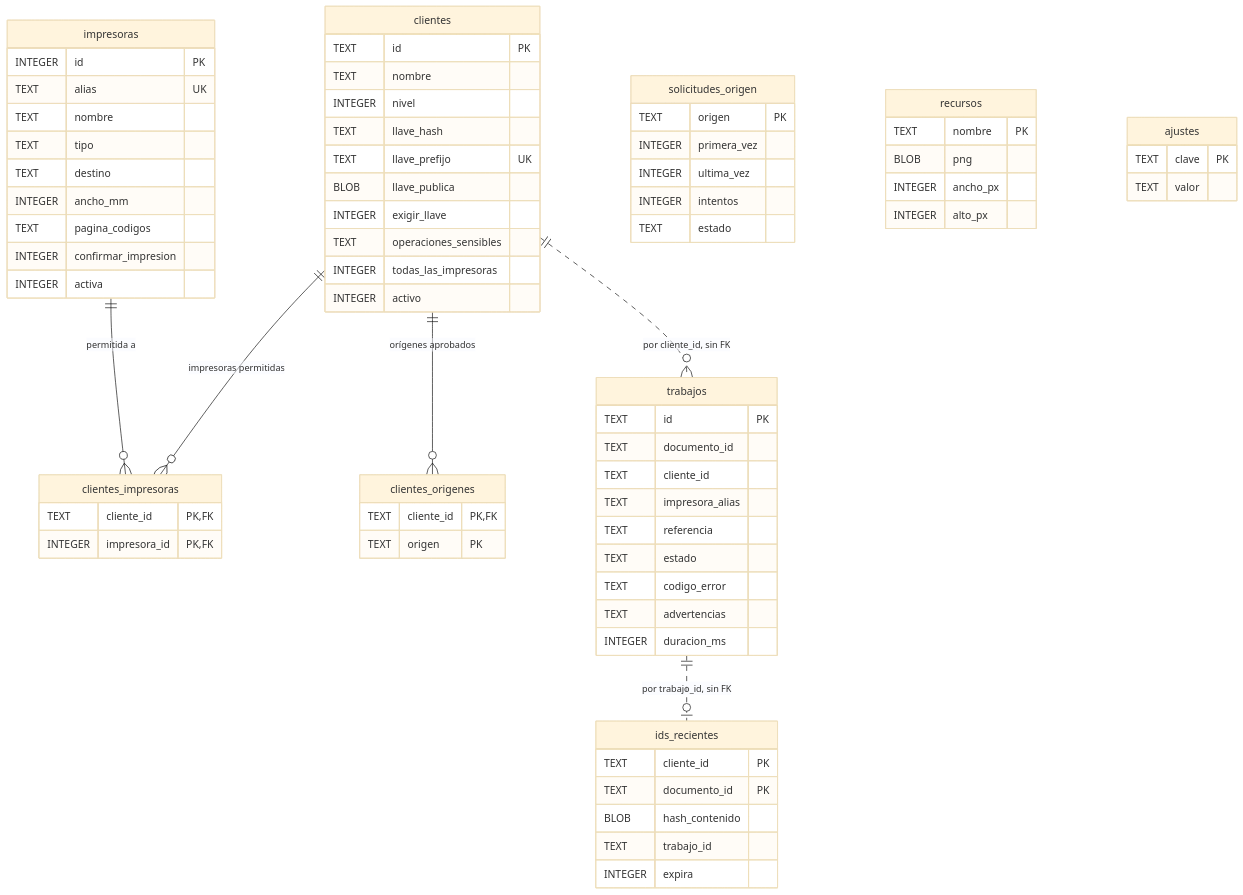
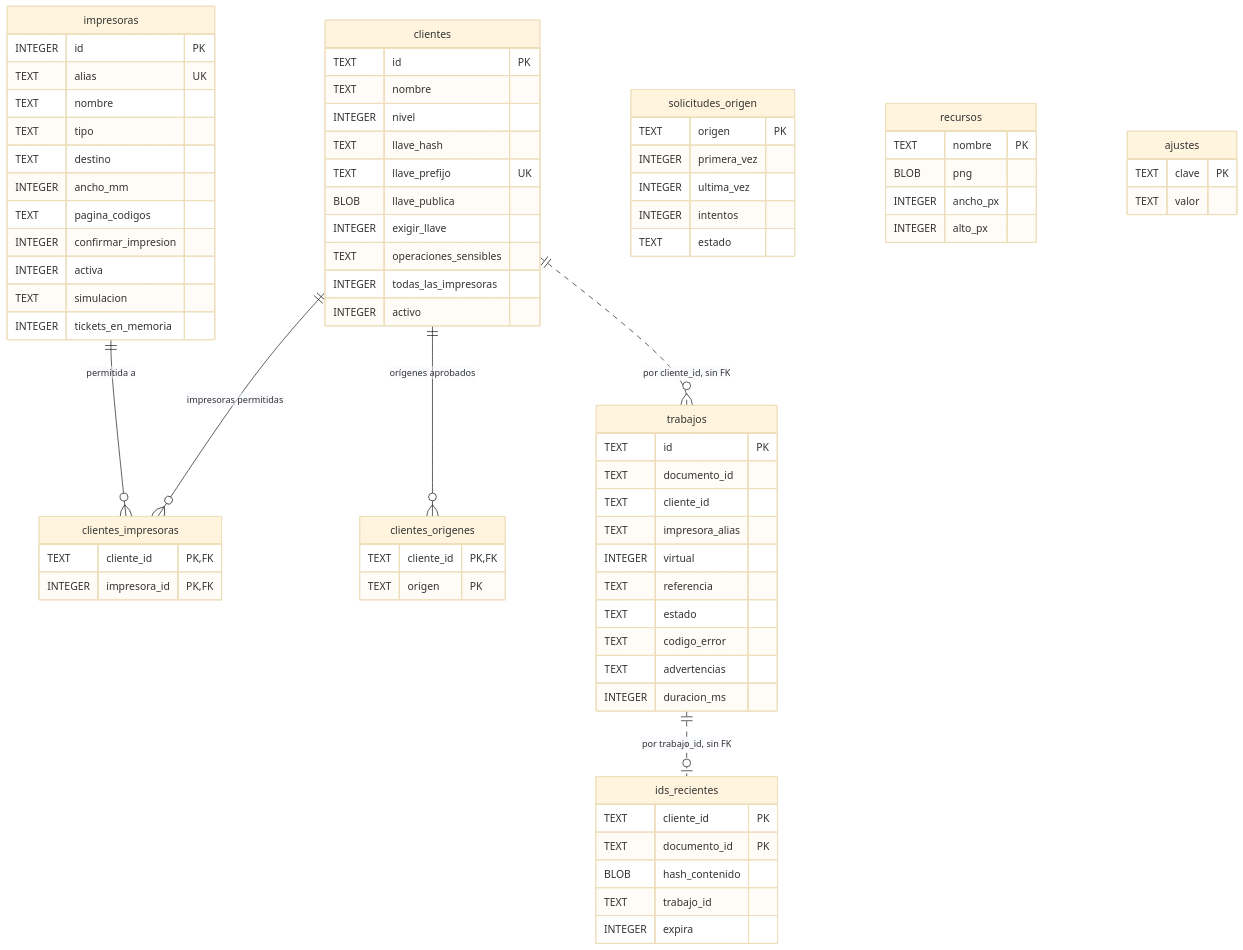
The diagram in docs/diagramas/11-modelo-datos.md (bayalad7/prisma), drawn with Mermaid (base theme) before and after one commit. The commit also changed other lines of this file and 11 other files, not shown here.

````diff
--- a/docs/diagramas/11-modelo-datos.md
+++ b/docs/diagramas/11-modelo-datos.md
@@ -5,75 +5,78 @@
 ```mermaid
 erDiagram
     impresoras {
         INTEGER id PK
         TEXT alias UK
         TEXT nombre
         TEXT tipo
         TEXT destino
         INTEGER ancho_mm
         TEXT pagina_codigos
         INTEGER confirmar_impresion
         INTEGER activa
+        TEXT simulacion
+        INTEGER tickets_en_memoria
     }
     clientes {
         TEXT id PK
         TEXT nombre
         INTEGER nivel
         TEXT llave_hash
         TEXT llave_prefijo UK
         BLOB llave_publica
         INTEGER exigir_llave
         TEXT operaciones_sensibles
         INTEGER todas_las_impresoras
         INTEGER activo
     }
     clientes_impresoras {
         TEXT cliente_id PK, FK
         INTEGER impresora_id PK, FK
     }
     clientes_origenes {
         TEXT cliente_id PK, FK
         TEXT origen PK
     }
     solicitudes_origen {
         TEXT origen PK
         INTEGER primera_vez
         INTEGER ultima_vez
         INTEGER intentos
         TEXT estado
     }
     trabajos {
         TEXT id PK
         TEXT documento_id
         TEXT cliente_id
         TEXT impresora_alias
+        INTEGER virtual
         TEXT referencia
         TEXT estado
         TEXT codigo_error
         TEXT advertencias
         INTEGER duracion_ms
     }
     ids_recientes {
         TEXT cliente_id PK
         TEXT documento_id PK
         BLOB hash_contenido
         TEXT trabajo_id
         INTEGER expira
     }
     recursos {
         TEXT nombre PK
         BLOB png
         INTEGER ancho_px
         INTEGER alto_px
     }
     ajustes {
         TEXT clave PK
         TEXT valor
     }
     clientes ||--o{ clientes_origenes : "orígenes aprobados"
     clientes ||--o{ clientes_impresoras : "impresoras permitidas"
     impresoras ||--o{ clientes_impresoras : "permitida a"
     clientes ||..o{ trabajos : "por cliente_id, sin FK"
     trabajos ||..o| ids_recientes : "por trabajo_id, sin FK"
 
 ```
````
